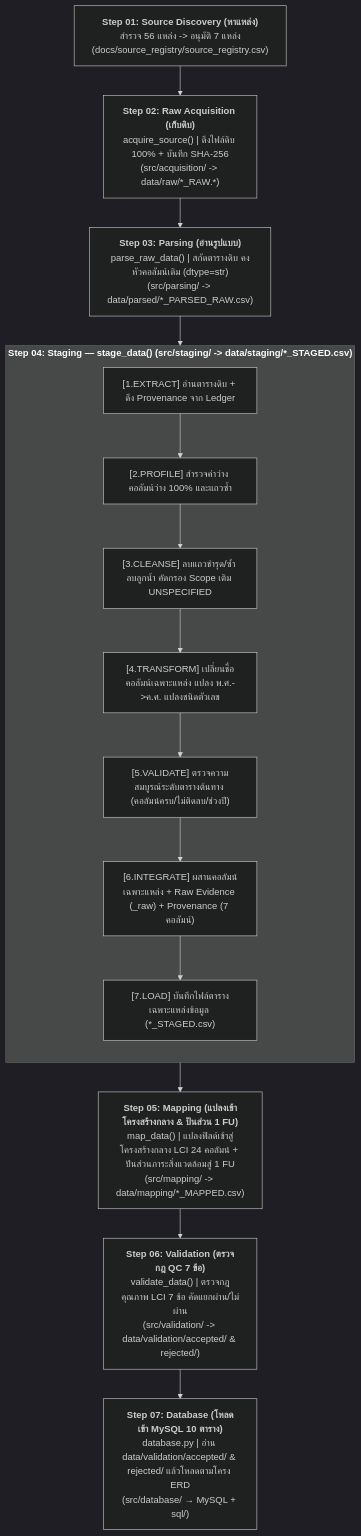
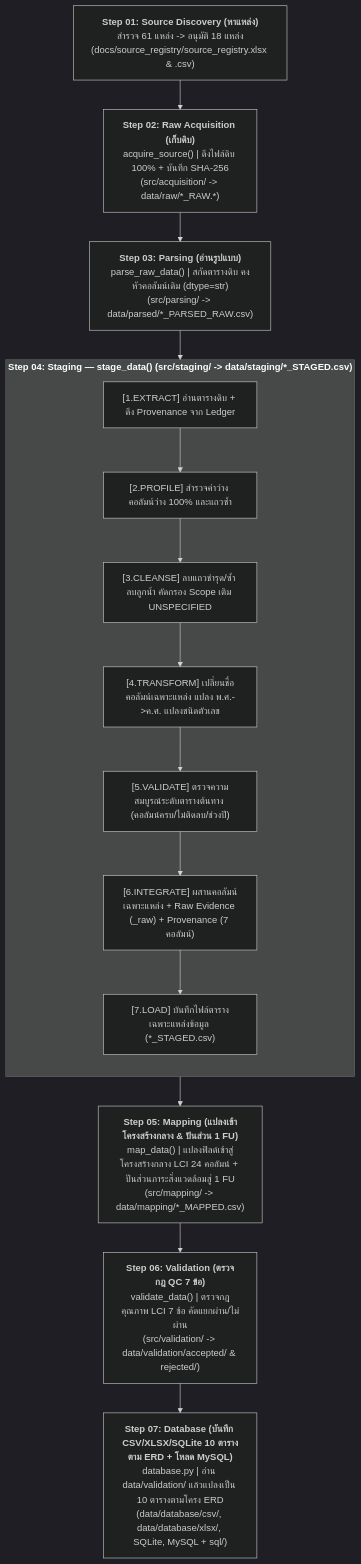
The diagram in README.md (M77TH/CN230-S1-G02-MaRianDB), drawn with Mermaid (dark theme) before and after one commit. The commit also changed other lines of this file and 24 other files, not shown here.

````diff
--- a/README.md
+++ b/README.md
@@ -29,25 +29,25 @@
 ```mermaid
 flowchart TD
-    S1["<b>Step 01: Source Discovery (หาแหล่ง)</b><br/>สำรวจ 56 แหล่ง -> อนุมัติ 7 แหล่ง<br/>(docs/source_registry/source_registry.csv)"]
+    S1["<b>Step 01: Source Discovery (หาแหล่ง)</b><br/>สำรวจ 61 แหล่ง -> อนุมัติ 18 แหล่ง<br/>(docs/source_registry/source_registry.xlsx & .csv)"]
     S2["<b>Step 02: Raw Acquisition (เก็บดิบ)</b><br/>acquire_source() | ดึงไฟล์ดิบ 100% + บันทึก SHA-256<br/>(src/acquisition/ -> data/raw/*_RAW.*)"]
     S3["<b>Step 03: Parsing (อ่านรูปแบบ)</b><br/>parse_raw_data() | สกัดตารางดิบ คงหัวคอลัมน์เดิม (dtype=str)<br/>(src/parsing/ -> data/parsed/*_PARSED_RAW.csv)"]
 
     subgraph S4["<b>Step 04: Staging — stage_data() (src/staging/ -> data/staging/*_STAGED.csv)</b>"]
         direction TB
         P1["[1.EXTRACT] อ่านตารางดิบ + ดึง Provenance จาก Ledger"]
         P2["[2.PROFILE] สำรวจค่าว่าง คอลัมน์ว่าง 100% และแถวซ้ำ"]
         P3["[3.CLEANSE] ลบแถวชำรุด/ซ้ำ ลบลูกน้ำ คัดกรอง Scope เติม UNSPECIFIED"]
         P4["[4.TRANSFORM] เปลี่ยนชื่อคอลัมน์เฉพาะแหล่ง แปลง พ.ศ.->ค.ศ. แปลงชนิดตัวเลข"]
         P5["[5.VALIDATE] ตรวจความสมบูรณ์ระดับตารางต้นทาง (คอลัมน์ครบ/ไม่ติดลบ/ช่วงปี)"]
         P6["[6.INTEGRATE] ผสานคอลัมน์เฉพาะแหล่ง + Raw Evidence (_raw) + Provenance (7 คอลัมน์)"]
         P7["[7.LOAD] บันทึกไฟล์ตารางเฉพาะแหล่งข้อมูล (*_STAGED.csv)"]
         P1 --> P2 --> P3 --> P4 --> P5 --> P6 --> P7
     end
 
     S5["<b>Step 05: Mapping (แปลงเข้าโครงสร้างกลาง & ปันส่วน 1 FU)</b><br/>map_data() | แปลงฟิลด์เข้าสู่โครงสร้างกลาง LCI 24 คอลัมน์ + ปันส่วนภาระสิ่งแวดล้อมสู่ 1 FU<br/>(src/mapping/ -> data/mapping/*_MAPPED.csv)"]
     S6["<b>Step 06: Validation (ตรวจกฎ QC 7 ข้อ)</b><br/>validate_data() | ตรวจกฎคุณภาพ LCI 7 ข้อ คัดแยกผ่าน/ไม่ผ่าน<br/>(src/validation/ -> data/validation/accepted/ & rejected/)"]
     
-    S7["<b>Step 07: Database (โหลดเข้า MySQL 10 ตาราง)</b><br/>database.py | อ่าน data/validation/accepted/ & rejected/ แล้วโหลดตามโครง ERD<br/>(src/database/ → MySQL + sql/)"]
+    S7["<b>Step 07: Database (บันทึก CSV/XLSX/SQLite 10 ตารางตาม ERD + โหลด MySQL)</b><br/>database.py | อ่าน data/validation/ แล้วแปลงเป็น 10 ตารางตามโครง ERD<br/>(data/database/csv/, data/database/xlsx/, SQLite, MySQL + sql/)"]
 
     S1 --> S2 --> S3 --> S4 --> S5 --> S6 --> S7
 ```
````
